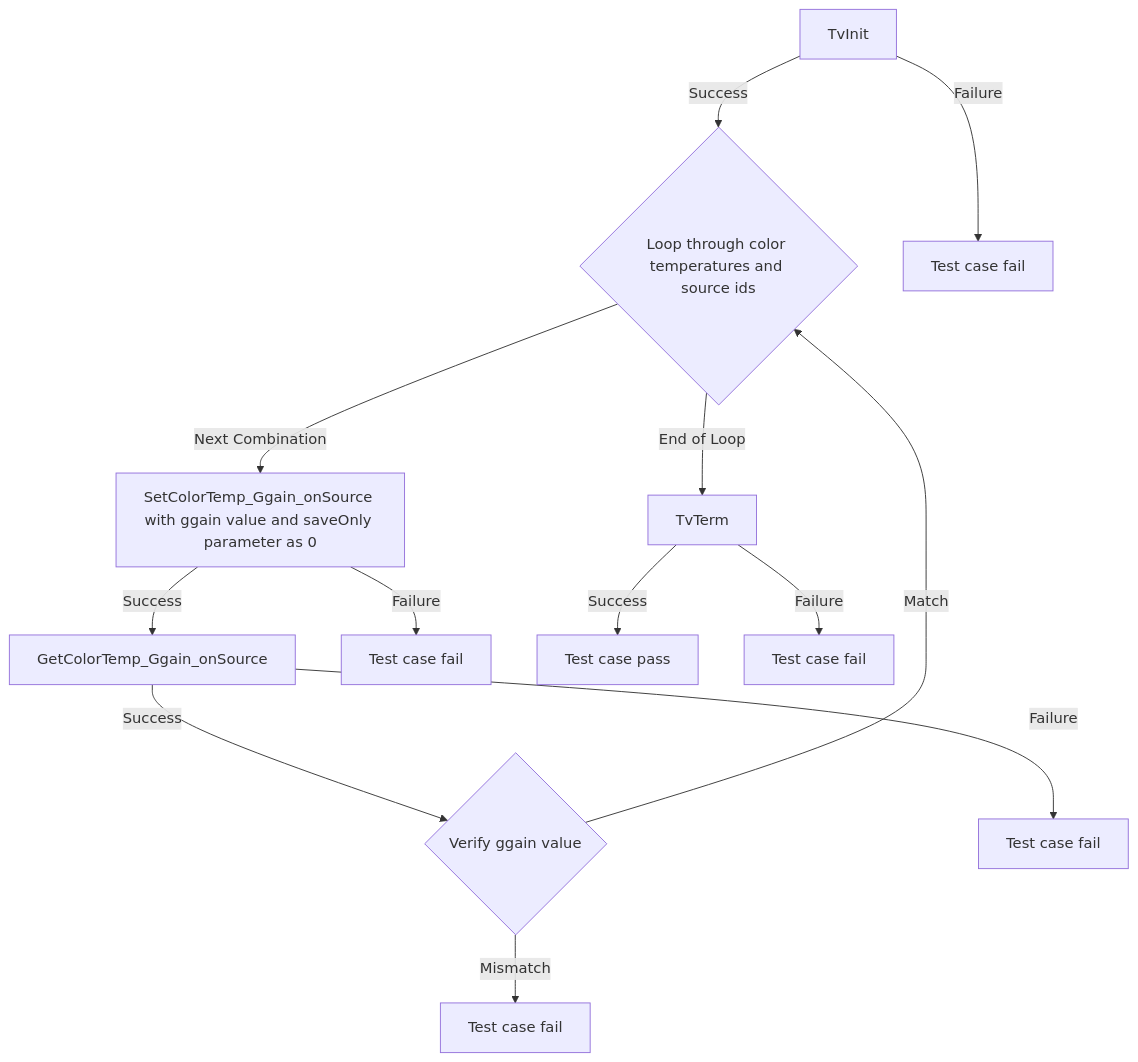
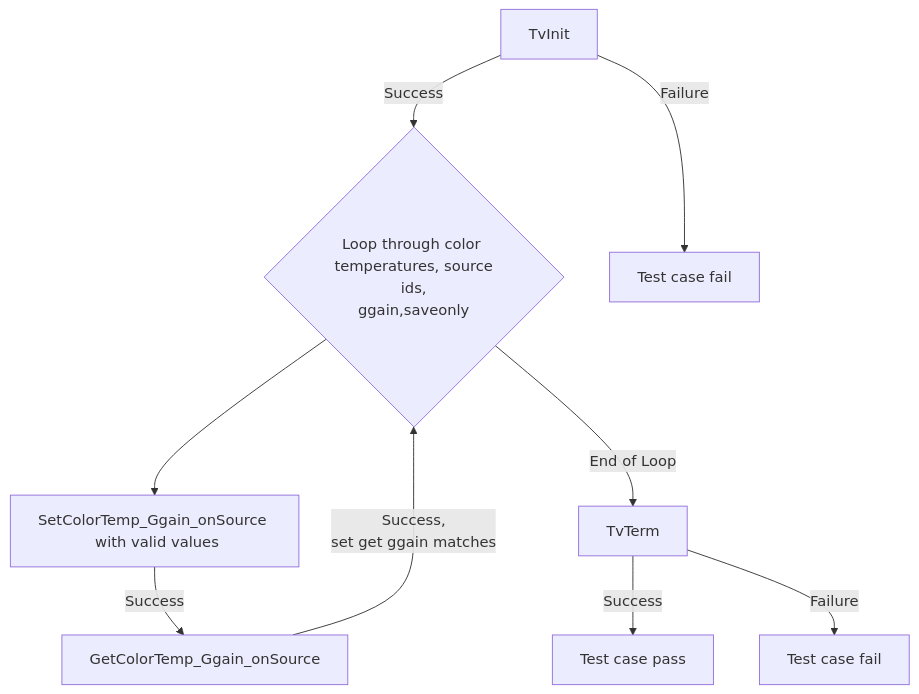
One commit to rdkcentral/rdkv-halif-test-tvsettings changed diagram 28 of 48 in docs/pages/tvSettings_L2_Low-Level_TestSpecification.md. Above: the diagram before and after it, drawn with Mermaid. The commit also changed other lines of this file and 1 other file, not shown here.

````diff
--- a/docs/pages/tvSettings_L2_Low-Level_TestSpecification.md
+++ b/docs/pages/tvSettings_L2_Low-Level_TestSpecification.md
@@ -1324,15 +1278,11 @@
 ```mermaid
 graph TB
-    A[TvInit] -->|Success| B{Loop through color temperatures and source ids}
+    A[TvInit] -->|Success| B{Loop through color <br> temperatures, source ids,<br>ggain,saveonly}
     A -->|Failure| A1[Test case fail]
-    B -->|Next Combination| C[SetColorTemp_Ggain_onSource with ggain value and saveOnly parameter as 0]
+    B --> C[SetColorTemp_Ggain_onSource <br> with valid values]
+    C -->|Success| D[GetColorTemp_Ggain_onSource]
+    D -->|Success, <br> set get ggain matches| B
     B -->|End of Loop| G[TvTerm]
-    C -->|Success| D[GetColorTemp_Ggain_onSource]
-    C -->|Failure| C1[Test case fail]
-    D -->|Success| E{Verify ggain value}
-    D -->|Failure| D1[Test case fail]
-    E -->|Match| B
-    E -->|Mismatch| E1[Test case fail]
     G -->|Success| H[Test case pass]
     G -->|Failure| G1[Test case fail]
 ```
````
